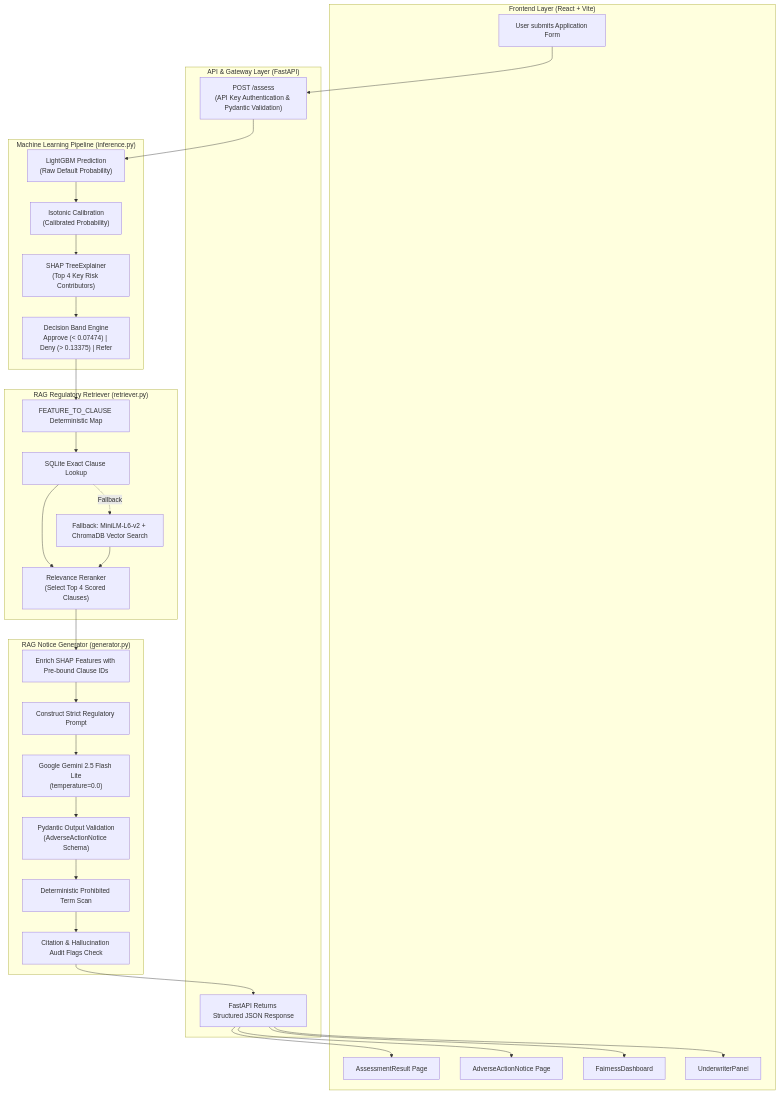
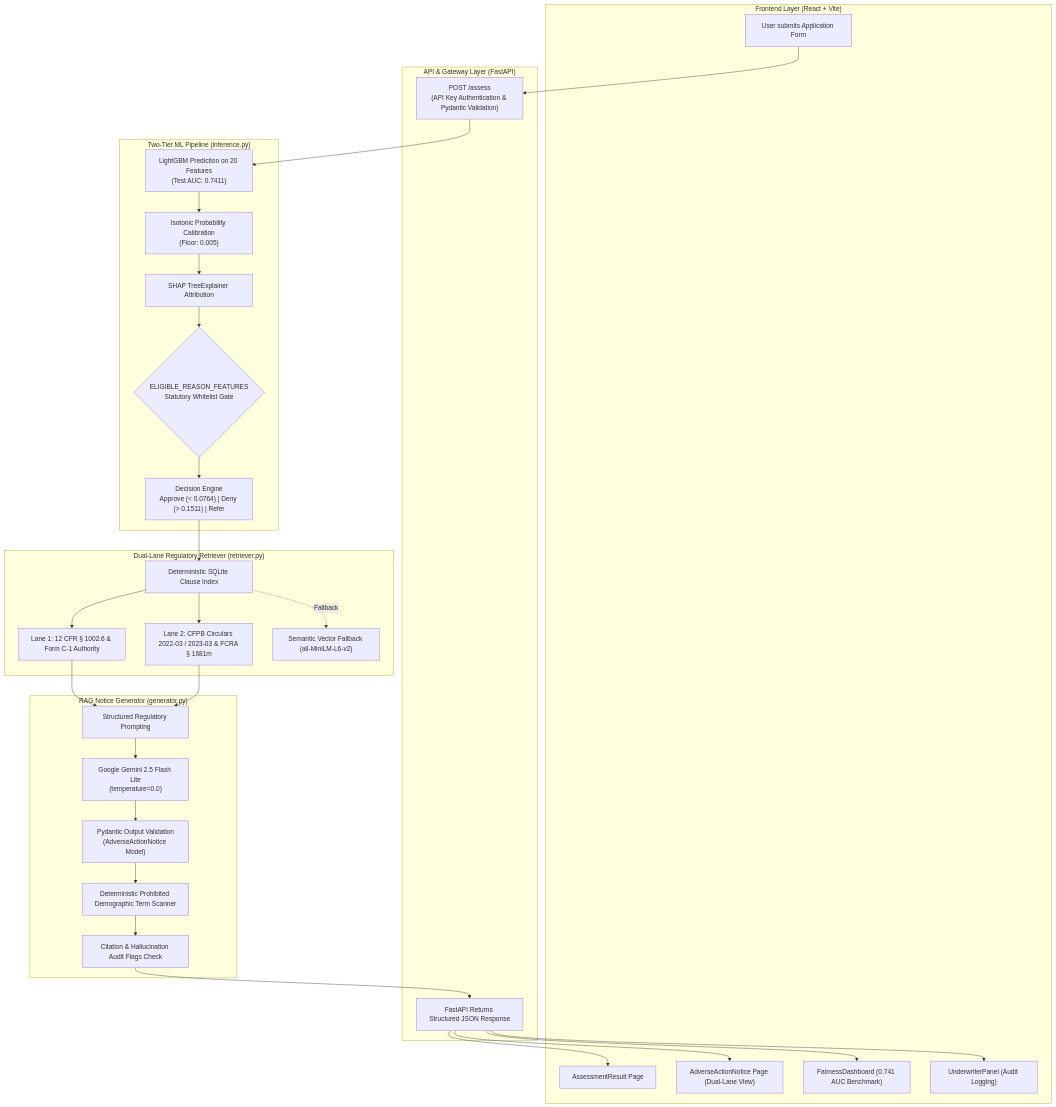
The first of 3 diagrams in docs/architecture.md (Param-Patel-o5/ai-financial-inclusion-risk-assessment), drawn with Mermaid before and after one commit. The commit also changed other lines of this file and 2 other files, not shown here.

````diff
--- a/docs/architecture.md
+++ b/docs/architecture.md
@@ -11,61 +9,61 @@
 ```mermaid
 flowchart TD
     subgraph Frontend ["Frontend Layer (React + Vite)"]
         UI["User submits Application Form"]
         AR["AssessmentResult Page"]
-        AAN["AdverseActionNotice Page"]
-        FD["FairnessDashboard"]
-        UP["UnderwriterPanel"]
+        AAN["AdverseActionNotice Page (Dual-Lane View)"]
+        FD["FairnessDashboard (0.741 AUC Benchmark)"]
+        UP["UnderwriterPanel (Audit Logging)"]
     end
 
     subgraph API ["API & Gateway Layer (FastAPI)"]
         POST["POST /assess<br/>(API Key Authentication & Pydantic Validation)"]
         RESP["FastAPI Returns Structured JSON Response"]
     end
 
-    subgraph ML ["Machine Learning Pipeline (inference.py)"]
-        LGBM["LightGBM Prediction<br/>(Raw Default Probability)"]
-        ISO["Isotonic Calibration<br/>(Calibrated Probability)"]
-        SHAP["SHAP TreeExplainer<br/>(Top 4 Key Risk Contributors)"]
-        DEC["Decision Band Engine<br/>Approve (< 0.07474) | Deny (> 0.13375) | Refer"]
+    subgraph ML ["Two-Tier ML Pipeline (inference.py)"]
+        LGBM["LightGBM Prediction on 20 Features<br/>(Test AUC: 0.7411)"]
+        ISO["Isotonic Probability Calibration<br/>(Floor: 0.005)"]
+        SHAP["SHAP TreeExplainer Attribution"]
+        GATE{"ELIGIBLE_REASON_FEATURES<br/>Statutory Whitelist Gate"}
+        DEC["Decision Engine<br/>Approve (< 0.0764) | Deny (> 0.1511) | Refer"]
     end
 
-    subgraph RAG_Retriever ["RAG Regulatory Retriever (retriever.py)"]
-        MAP["FEATURE_TO_CLAUSE Deterministic Map"]
-        SQL["SQLite Exact Clause Lookup"]
-        VEC["Fallback: MiniLM-L6-v2 + ChromaDB Vector Search"]
-        RERANK["Relevance Reranker<br/>(Select Top 4 Scored Clauses)"]
+    subgraph RAG_Retriever ["Dual-Lane Regulatory Retriever (retriever.py)"]
+        SQL["Deterministic SQLite Clause Index"]
+        L1["Lane 1: 12 CFR § 1002.6 & Form C-1 Authority"]
+        L2["Lane 2: CFPB Circulars 2022-03 / 2023-03 & FCRA § 1681m"]
+        VEC["Semantic Vector Fallback (all-MiniLM-L6-v2)"]
     end
 
     subgraph RAG_Generator ["RAG Notice Generator (generator.py)"]
-        ENRICH["Enrich SHAP Features with Pre-bound Clause IDs"]
-        PROMPT["Construct Strict Regulatory Prompt"]
+        PROMPT["Structured Regulatory Prompting"]
         GEMINI["Google Gemini 2.5 Flash Lite<br/>(temperature=0.0)"]
-        PYD["Pydantic Output Validation<br/>(AdverseActionNotice Schema)"]
-        SCAN["Deterministic Prohibited Term Scan"]
+        PYD["Pydantic Output Validation<br/>(AdverseActionNotice Model)"]
+        SCAN["Deterministic Prohibited Demographic Term Scanner"]
         AUDIT["Citation & Hallucination Audit Flags Check"]
     end
 
     %% Flow connections
     UI --> POST
     POST --> LGBM
     LGBM --> ISO
     ISO --> SHAP
-    SHAP --> DEC
-    DEC --> MAP
-    MAP --> SQL
+    SHAP --> GATE
+    GATE --> DEC
+    DEC --> SQL
+    SQL --> L1
+    SQL --> L2
     SQL -. Fallback .-> VEC
-    SQL --> RERANK
-    VEC --> RERANK
-    RERANK --> ENRICH
-    ENRICH --> PROMPT
+    L1 --> PROMPT
+    L2 --> PROMPT
     PROMPT --> GEMINI
     GEMINI --> PYD
     PYD --> SCAN
     SCAN --> AUDIT
     AUDIT --> RESP
     RESP --> AR
     RESP --> AAN
     RESP --> FD
     RESP --> UP
 ```
````
